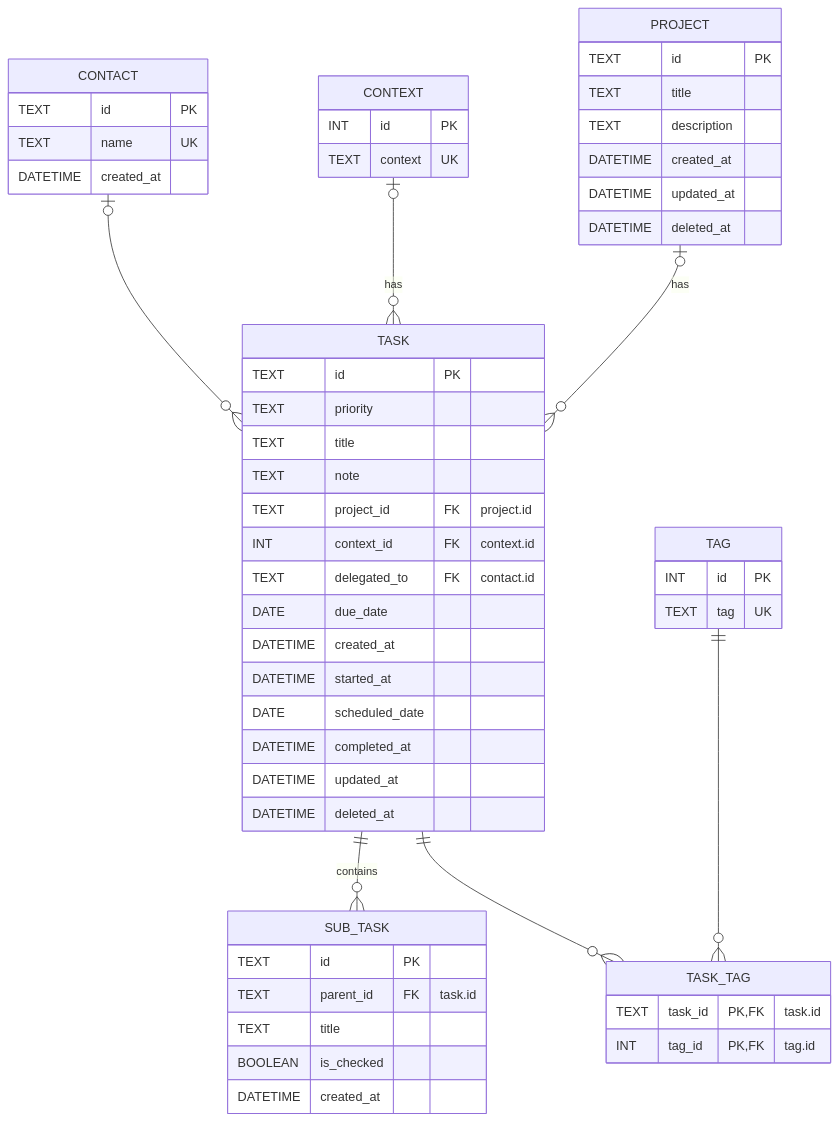
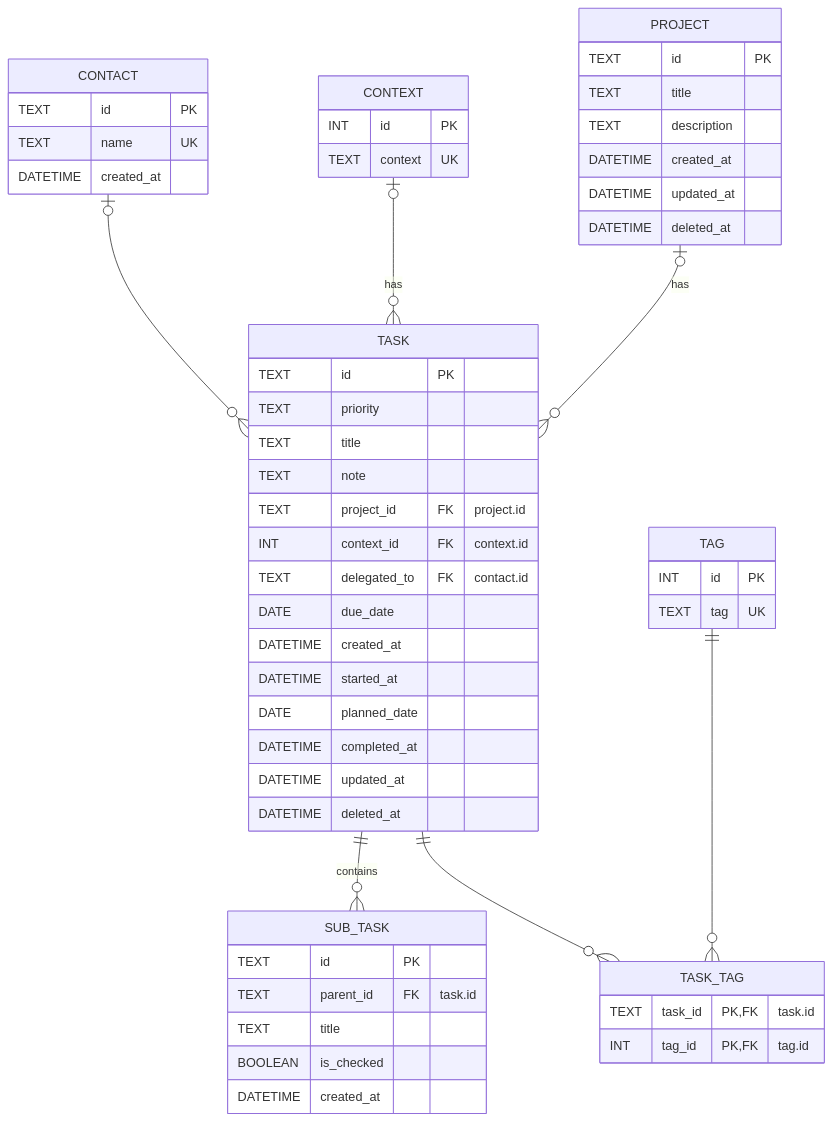
Before and after one commit to rvnkcode/dawn_cli: the diagram in docs/db.md, drawn with Mermaid. The commit also changed other lines of this file, not shown here.

Commit message:
Modified schema doc: rename scheduled to planned

````diff
--- a/docs/db.md
+++ b/docs/db.md
@@ -12,64 +12,64 @@
 ```mermaid
 erDiagram
     CONTACT |o--o{ TASK : ""
     CONTEXT |o--o{ TASK : has
     PROJECT |o--o{ TASK : has
     TASK ||--o{ SUB_TASK : contains
     TASK ||--o{ TASK_TAG : ""
     TAG ||--o{ TASK_TAG : ""
 
     CONTACT {
         TEXT id PK
         TEXT name UK
         DATETIME created_at
     }
 
     CONTEXT {
         INT id PK
         TEXT context UK
     }
 
     PROJECT {
         TEXT id PK
         TEXT title
         TEXT description
         DATETIME created_at
         DATETIME updated_at
         DATETIME deleted_at
     }
 
     TASK {
         TEXT id PK
         TEXT priority
         TEXT title
         TEXT note
         TEXT project_id FK "project.id"
         INT context_id FK "context.id"
         TEXT delegated_to FK "contact.id"
         DATE due_date
         DATETIME created_at
         DATETIME started_at
-        DATE scheduled_date
+        DATE planned_date
         DATETIME completed_at
         DATETIME updated_at
         DATETIME deleted_at
     }
 
     SUB_TASK {
         TEXT id PK
         TEXT parent_id FK "task.id"
         TEXT title
         BOOLEAN is_checked
         DATETIME created_at
     }
 
     TAG {
         INT id PK
         TEXT tag UK
     }
 
     TASK_TAG {
         TEXT task_id PK,FK "task.id"
         INT tag_id PK,FK "tag.id"
     }
 ```
````
